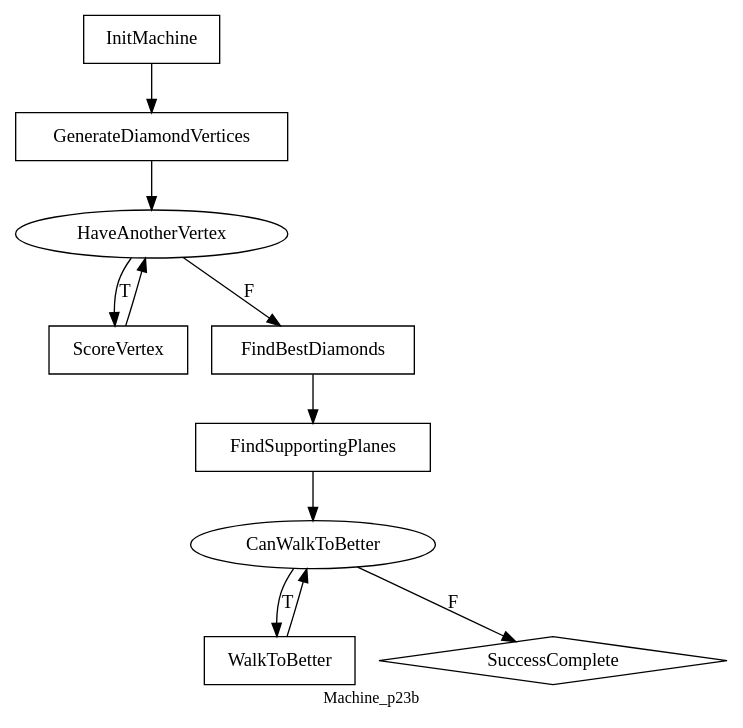
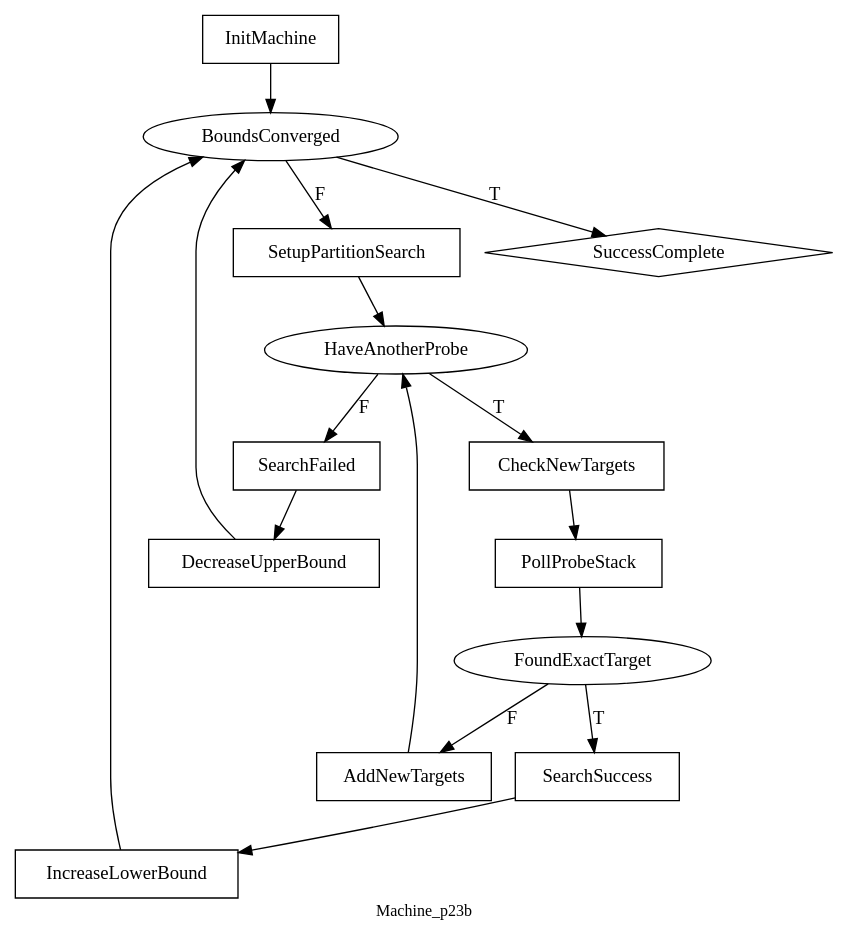
Before and after one commit to comperical/FlowState: the diagram in diagram/advent/p23b.gv, drawn with Graphviz. The commit also changed 35 other files, not shown here.

```diff
--- a/diagram/advent/p23b.gv
+++ b/diagram/advent/p23b.gv
@@ -1,18 +1,23 @@
 digraph MyGraphName {
-node [shape=box] InitMachine; GenerateDiamondVertices; ScoreVertex; FindBestDiamonds; FindSupportingPlanes; WalkToBetter
+node [shape=box] InitMachine; SetupPartitionSearch; CheckNewTargets; PollProbeStack; AddNewTargets; SearchSuccess; IncreaseLowerBound; SearchFailed; DecreaseUpperBound
 node [shape=diamond] SuccessComplete
-node [shape=ellipse] HaveAnotherVertex; CanWalkToBetter
-HaveAnotherVertex->FindBestDiamonds [label=F];
-CanWalkToBetter->WalkToBetter [label=T];
-GenerateDiamondVertices->HaveAnotherVertex ;
-FindBestDiamonds->FindSupportingPlanes ;
-WalkToBetter->CanWalkToBetter ;
-ScoreVertex->HaveAnotherVertex ;
-HaveAnotherVertex->ScoreVertex [label=T];
-FindSupportingPlanes->CanWalkToBetter ;
-InitMachine->GenerateDiamondVertices ;
-CanWalkToBetter->SuccessComplete [label=F];
+node [shape=ellipse] BoundsConverged; HaveAnotherProbe; FoundExactTarget
+BoundsConverged->SuccessComplete [label=T];
+FoundExactTarget->AddNewTargets [label=F];
+InitMachine->BoundsConverged ;
+SetupPartitionSearch->HaveAnotherProbe ;
+SearchFailed->DecreaseUpperBound ;
+PollProbeStack->FoundExactTarget ;
+BoundsConverged->SetupPartitionSearch [label=F];
+DecreaseUpperBound->BoundsConverged ;
+AddNewTargets->HaveAnotherProbe ;
+HaveAnotherProbe->SearchFailed [label=F];
+FoundExactTarget->SearchSuccess [label=T];
+HaveAnotherProbe->CheckNewTargets [label=T];
+CheckNewTargets->PollProbeStack ;
+IncreaseLowerBound->BoundsConverged ;
+SearchSuccess->IncreaseLowerBound ;
 overlap=false
 label=Machine_p23b
 fontsize=12
 }
```
